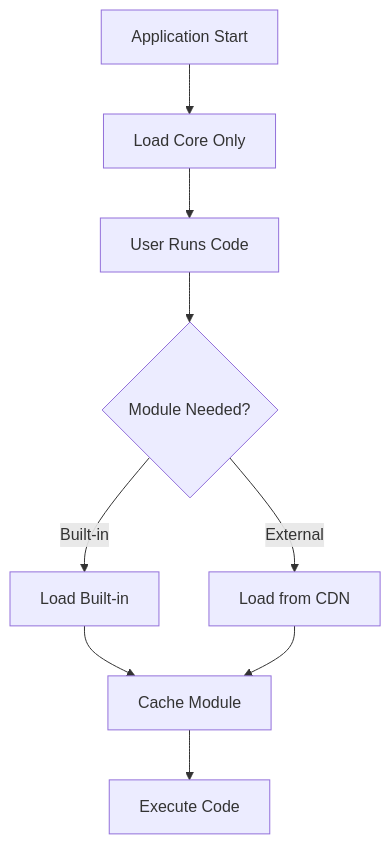
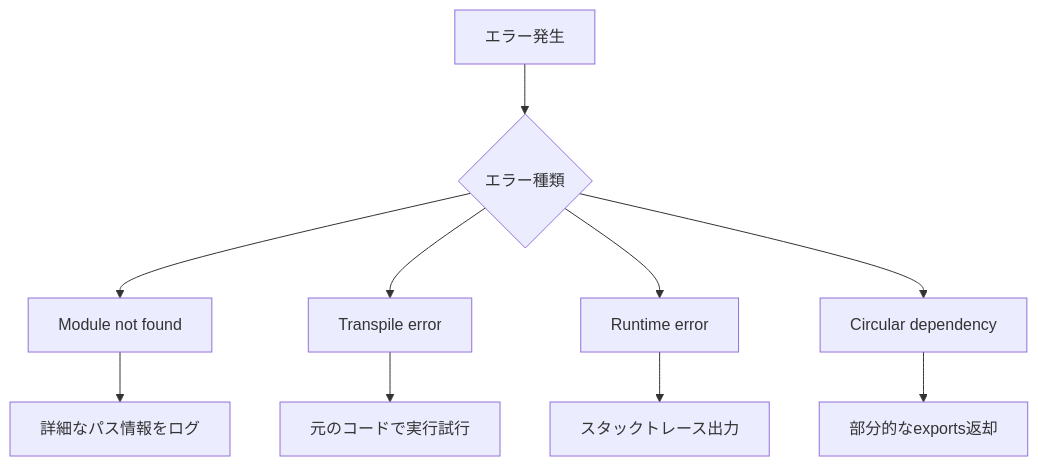
One commit to Stasshe/Pyxis-CodeCanvas changed diagram 12 of 12 in docs/NODE-RUNTIME.md. Above: the diagram before and after it, drawn with Mermaid. The commit also changed other lines of this file and 4 other files, not shown here.

````diff
--- a/docs/NODE-RUNTIME.md
+++ b/docs/NODE-RUNTIME.md
@@ -672,13 +598,26 @@
 ```mermaid
 graph TB
-    A[Application Start] --> B[Load Core Only]
-    B --> C[User Runs Code]
-    C --> D{Module Needed?}
+    Error[エラー発生]
+    Type{エラー種類}
     
-    D -->|Built-in| E[Load Built-in]
-    D -->|External| F[Load from CDN]
+    NotFound[Module not found]
+    Transpile[Transpile error]
+    Runtime[Runtime error]
+    Circular[Circular dependency]
     
-    E --> G[Cache Module]
-    F --> G
-    G --> H[Execute Code]
+    NotFoundHandle[詳細なパス情報をログ]
+    TranspileHandle[元のコードで実行試行]
+    RuntimeHandle[スタックトレース出力]
+    CircularHandle[部分的なexports返却]
+    
+    Error --> Type
+    Type --> NotFound
+    Type --> Transpile
+    Type --> Runtime
+    Type --> Circular
+    
+    NotFound --> NotFoundHandle
+    Transpile --> TranspileHandle
+    Runtime --> RuntimeHandle
+    Circular --> CircularHandle
 ```
````
